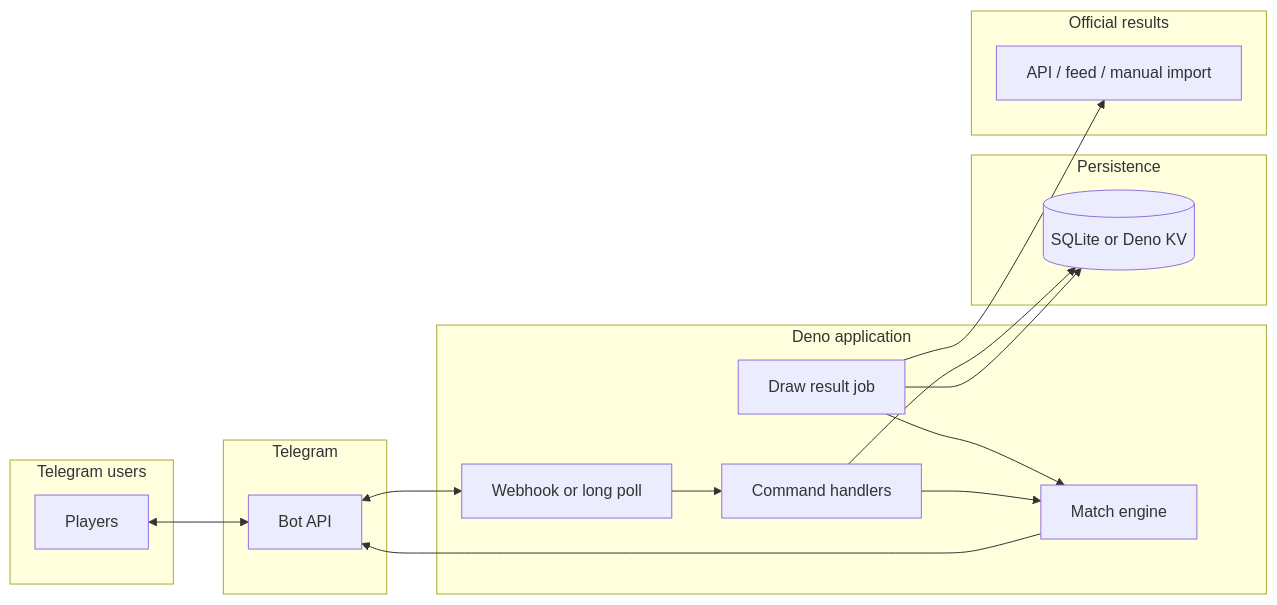
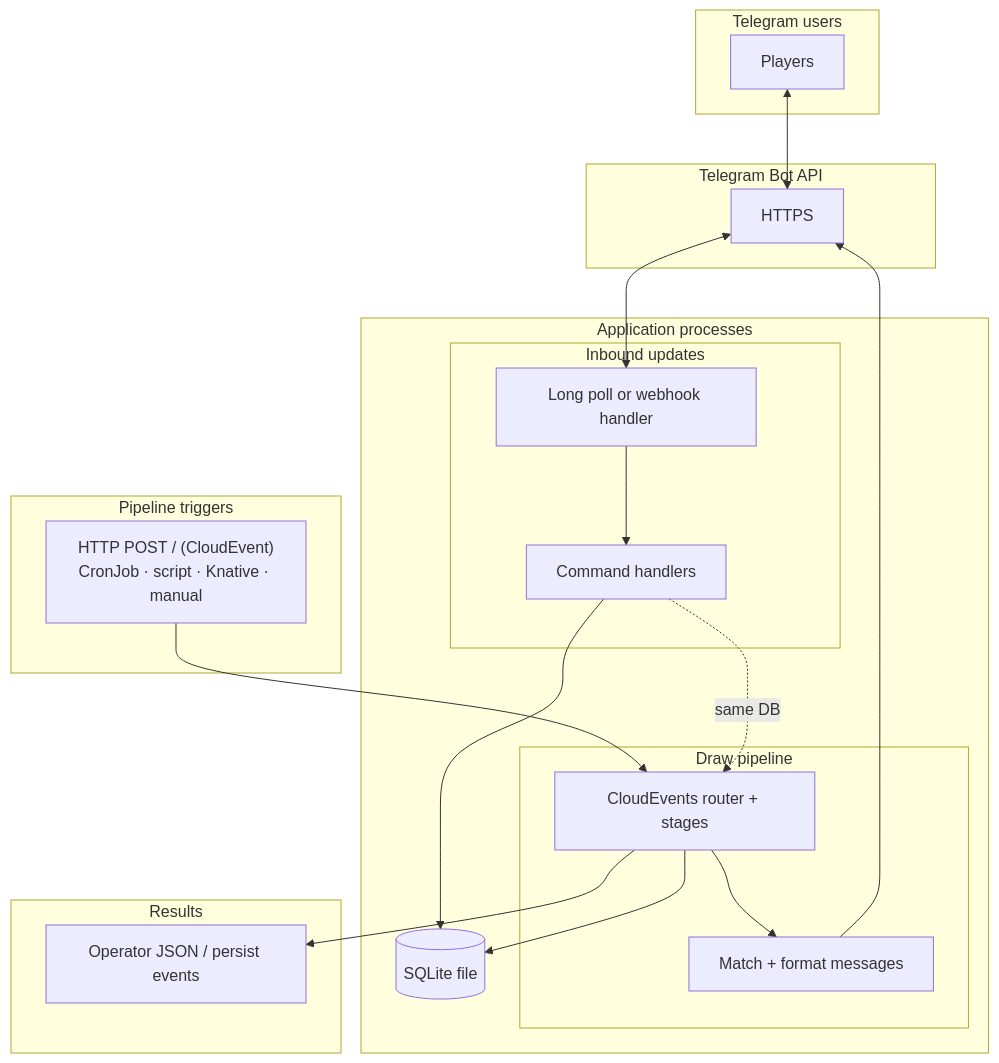
One commit to 95gabor/szerencsejatek-telegram-bot changed the second of 4 diagrams in docs/architecture.md. Above: the diagram before and after it, drawn with Mermaid. The commit also changed other lines of this file and 20 other files, not shown here.

First line of the commit message:
feat(helm): long polling + hourly CronJob defaults; HLD and docs (#7)

````diff
--- a/docs/architecture.md
+++ b/docs/architecture.md
@@ -9,30 +44,36 @@
 ```mermaid
-flowchart LR
+flowchart TB
   subgraph users [Telegram users]
     U[Players]
   end
-  subgraph tg [Telegram]
-    API[Bot API]
+  subgraph tg [Telegram Bot API]
+    API[HTTPS]
   end
-  subgraph app [Deno application]
-    WH[Webhook or long poll]
-    H[Command handlers]
-    M[Match engine]
-    J[Draw result job]
+  subgraph app [Application processes]
+    subgraph inbound [Inbound updates]
+      WH[Long poll or webhook handler]
+      H[Command handlers]
+    end
+    subgraph pipeline [Draw pipeline]
+      J[CloudEvents router + stages]
+      M[Match + format messages]
+    end
+    DB[(SQLite file)]
   end
-  subgraph data [Persistence]
-    DB[(SQLite or Deno KV)]
+  subgraph external [Results]
+    SRC[Operator JSON / persist events]
   end
-  subgraph external [Official results]
-    SRC[API / feed / manual import]
+  subgraph triggers [Pipeline triggers]
+    TR["HTTP POST / (CloudEvent)<br/>CronJob · script · Knative · manual"]
   end
   U <--> API
   API <--> WH
   WH --> H
   H --> DB
+  TR --> J
   J --> SRC
   J --> DB
   J --> M
   M --> API
-  H --> M
+  H -.->|same DB| J
 ```
````
